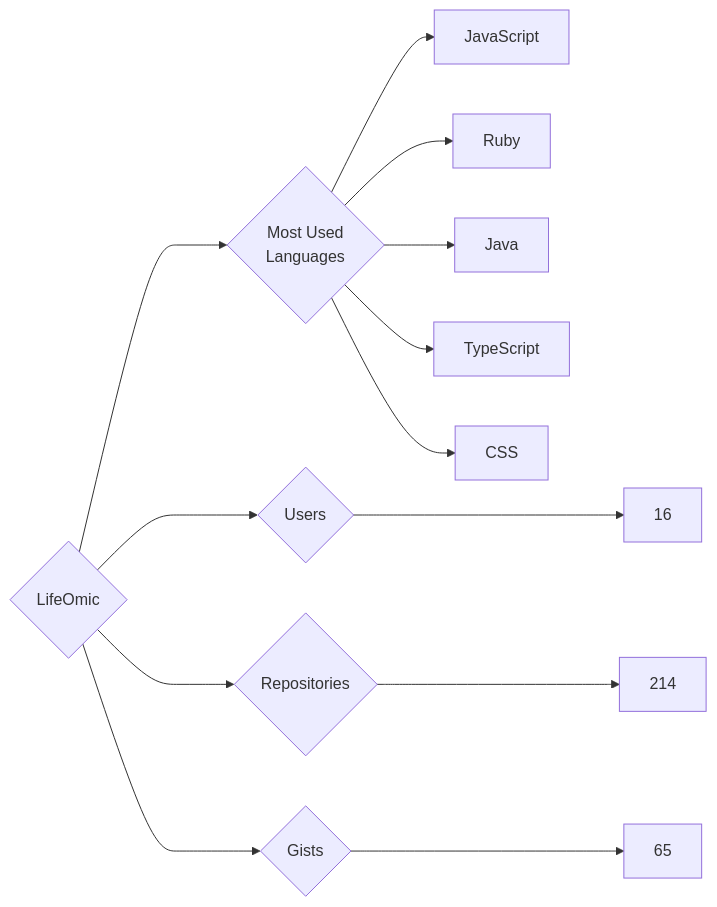
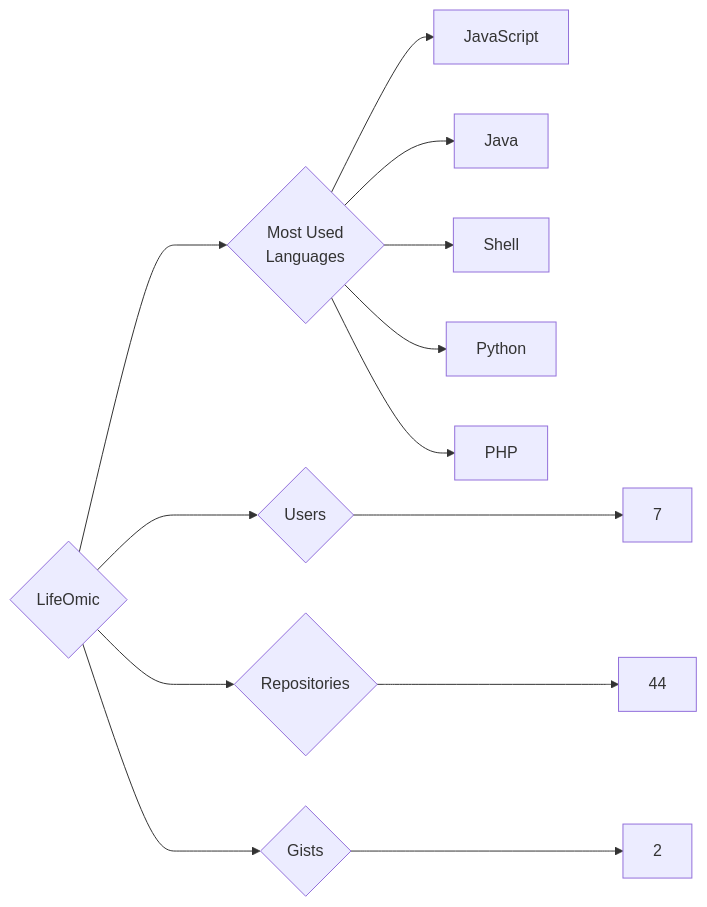
Before and after one commit to trickest/insiders: the diagram in targets/LifeOmic/README.md, drawn with Mermaid. The commit also changed 1496 other files, not shown here.

````diff
--- a/targets/LifeOmic/README.md
+++ b/targets/LifeOmic/README.md
@@ -3,13 +3,13 @@
 ```mermaid
 graph LR
 COMPANY_NAME{LifeOmic}
-COMPANY_NAME ---> U{Users} ---> UN[16]
-COMPANY_NAME ---> R{Repositories} ---> RN[214]
-COMPANY_NAME ---> G{Gists} ---> GN[65]
+COMPANY_NAME ---> U{Users} ---> UN[7]
+COMPANY_NAME ---> R{Repositories} ---> RN[44]
+COMPANY_NAME ---> G{Gists} ---> GN[2]
 COMPANY_NAME ---> ML{Most Used<br>Languages}
 ML --> JavaScript[JavaScript]
-ML --> Ruby[Ruby]
 ML --> Java[Java]
-ML --> TypeScript[TypeScript]
-ML --> CSS[CSS]
+ML --> Shell[Shell]
+ML --> Python[Python]
+ML --> PHP[PHP]
 ```
````
